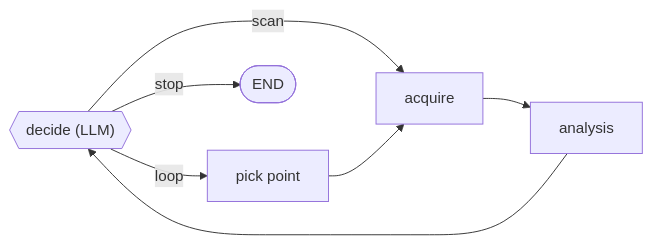
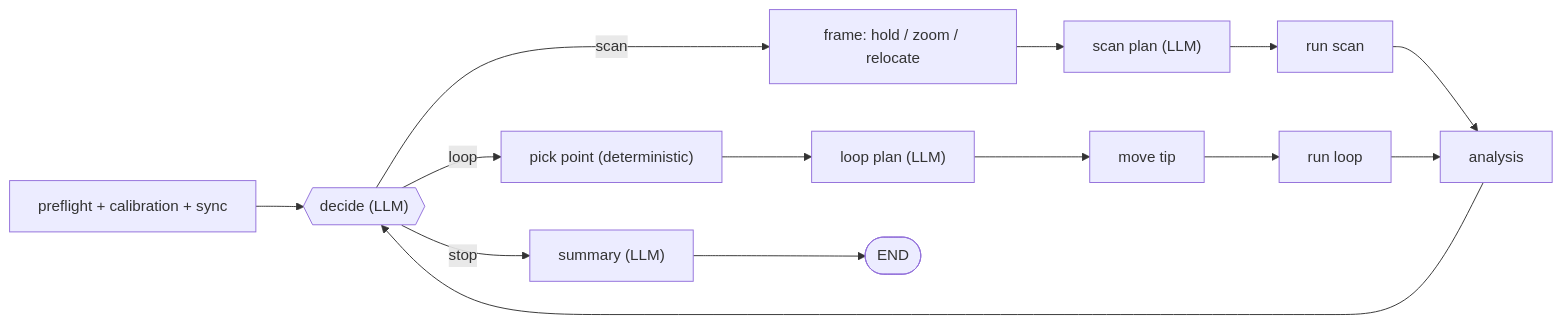
Before and after one commit to Slautin/SPM_agent_simple: the diagram in README.md, drawn with Mermaid. The commit also changed other lines of this file, not shown here.

`````diff
--- a/README.md
+++ b/README.md
@@ -11,7 +13,10 @@
-````mermaid
+```mermaid
 flowchart LR
-    DEC{{"decide (LLM)"}} -- scan --> AQ["acquire"] --> AN["analysis"]
-    DEC -- loop --> PK["pick point"] --> AQ
-    DEC -- stop --> E([END])
+    P["preflight + calibration + sync"] --> DEC{{"decide (LLM)"}}
+    DEC -- scan --> F["frame: hold / zoom / relocate"] --> SP["scan plan (LLM)"] --> RS["run scan"]
+    DEC -- loop --> PK["pick point (deterministic)"] --> LP["loop plan (LLM)"] --> MT["move tip"] --> RL["run loop"]
+    RS --> AN["analysis"]
+    RL --> AN
     AN --> DEC
-````
+    DEC -- stop --> SUM["summary (LLM)"] --> E([END])
+```
`````
